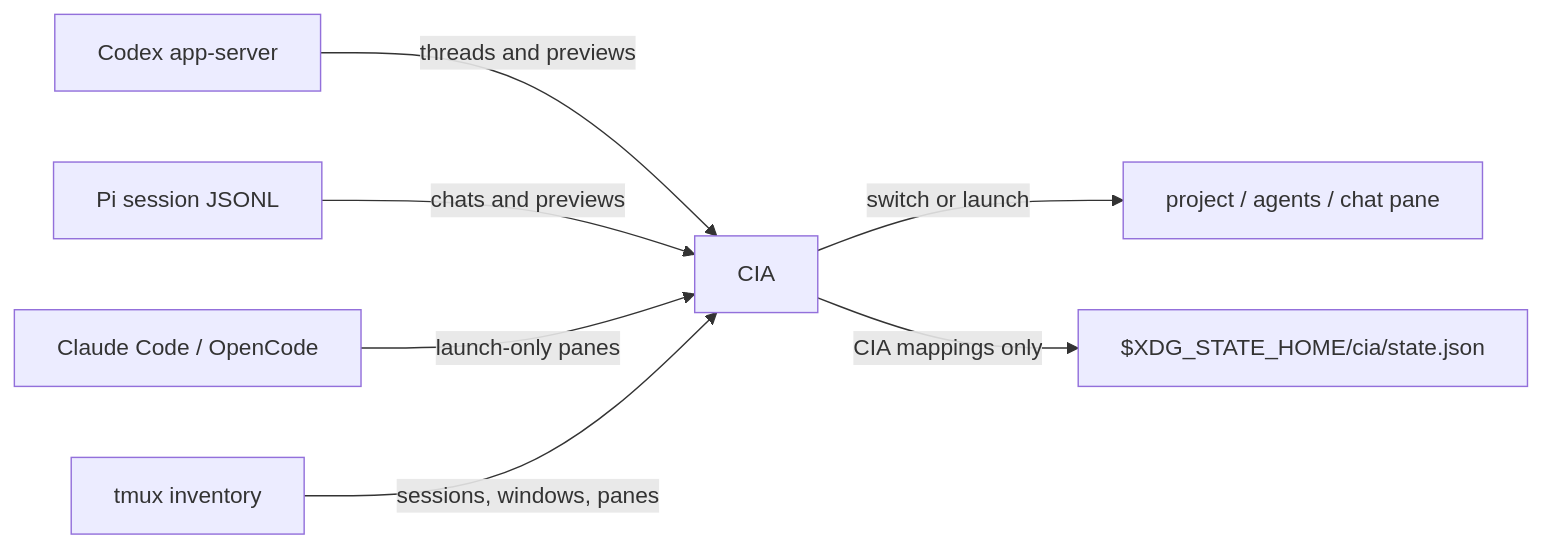
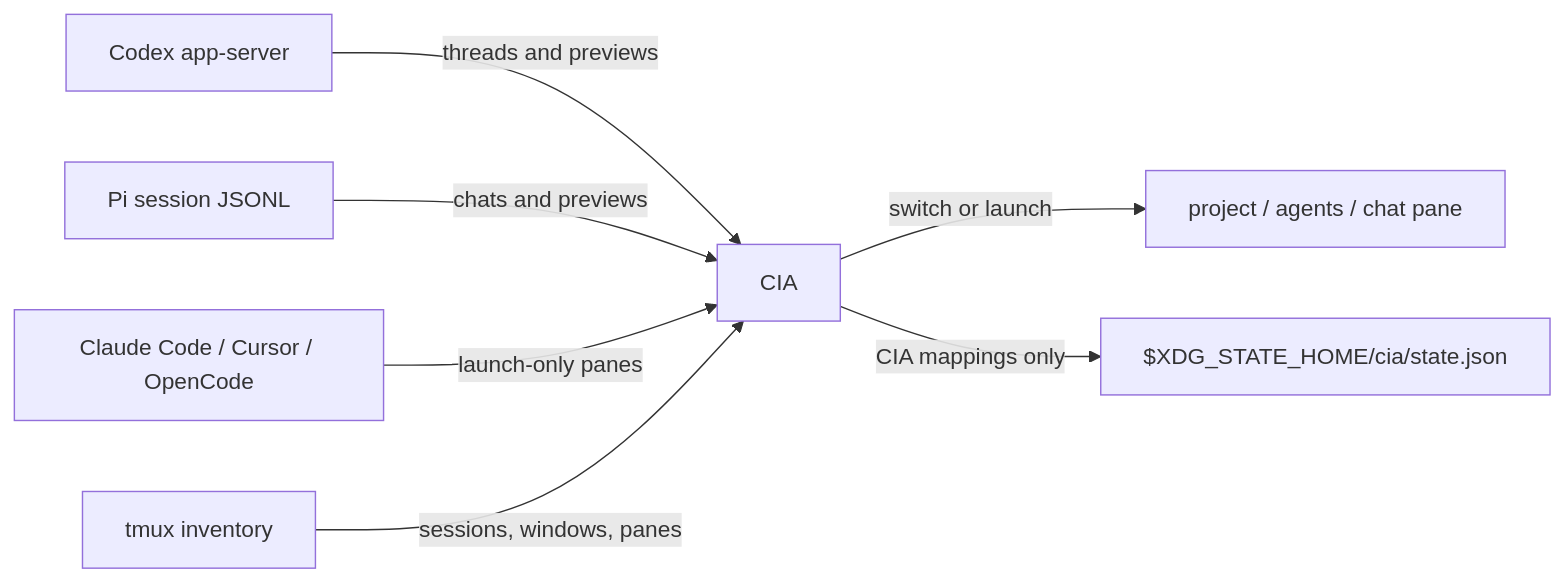
The diagram in README.md (vivek-x-jha/cia), drawn with Mermaid before and after one commit. The commit also changed other lines of this file and 6 other files, not shown here.

````diff
--- a/README.md
+++ b/README.md
@@ -168,9 +169,9 @@
 ```mermaid
 flowchart LR
     A[Codex app-server] -->|threads and previews| C[CIA]
     P[Pi session JSONL] -->|chats and previews| C
-    L[Claude Code / OpenCode] -->|launch-only panes| C
+    L[Claude Code / Cursor / OpenCode] -->|launch-only panes| C
     B[tmux inventory] -->|sessions, windows, panes| C
     C -->|switch or launch| D[project / agents / chat pane]
     C -->|CIA mappings only| E[$XDG_STATE_HOME/cia/state.json]
 ```
````
